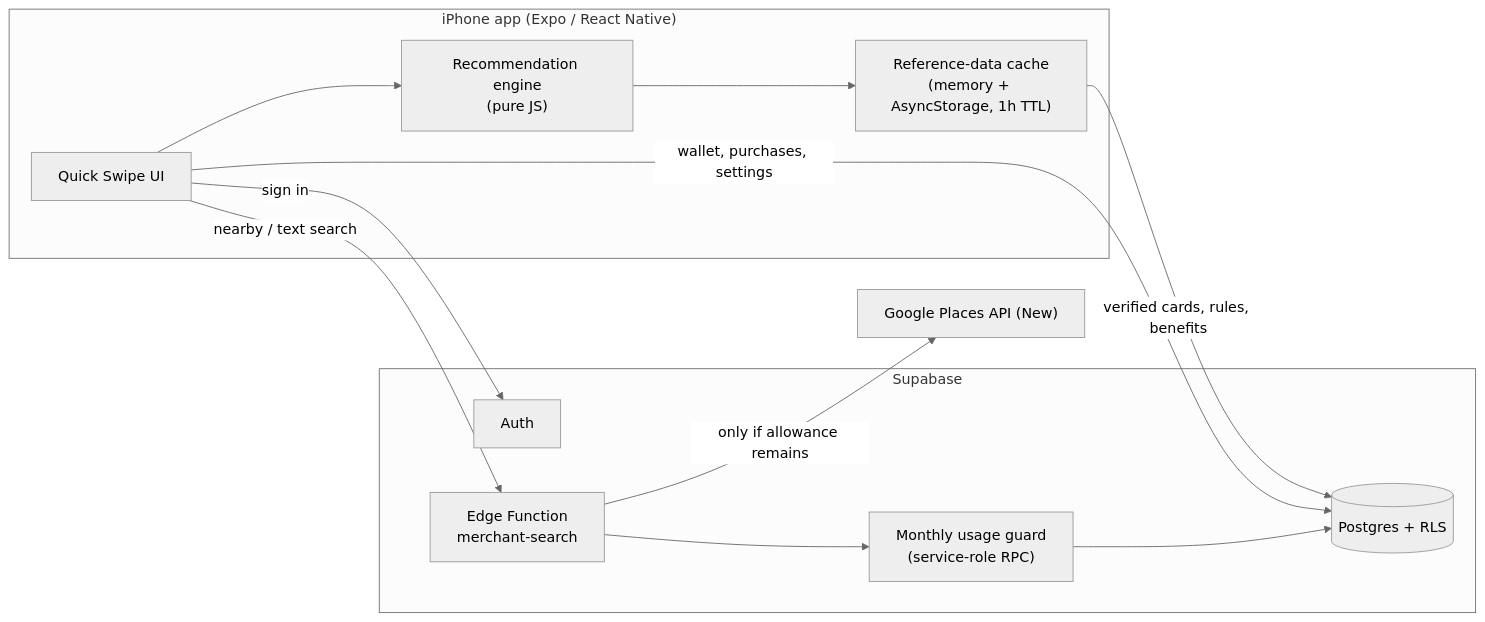
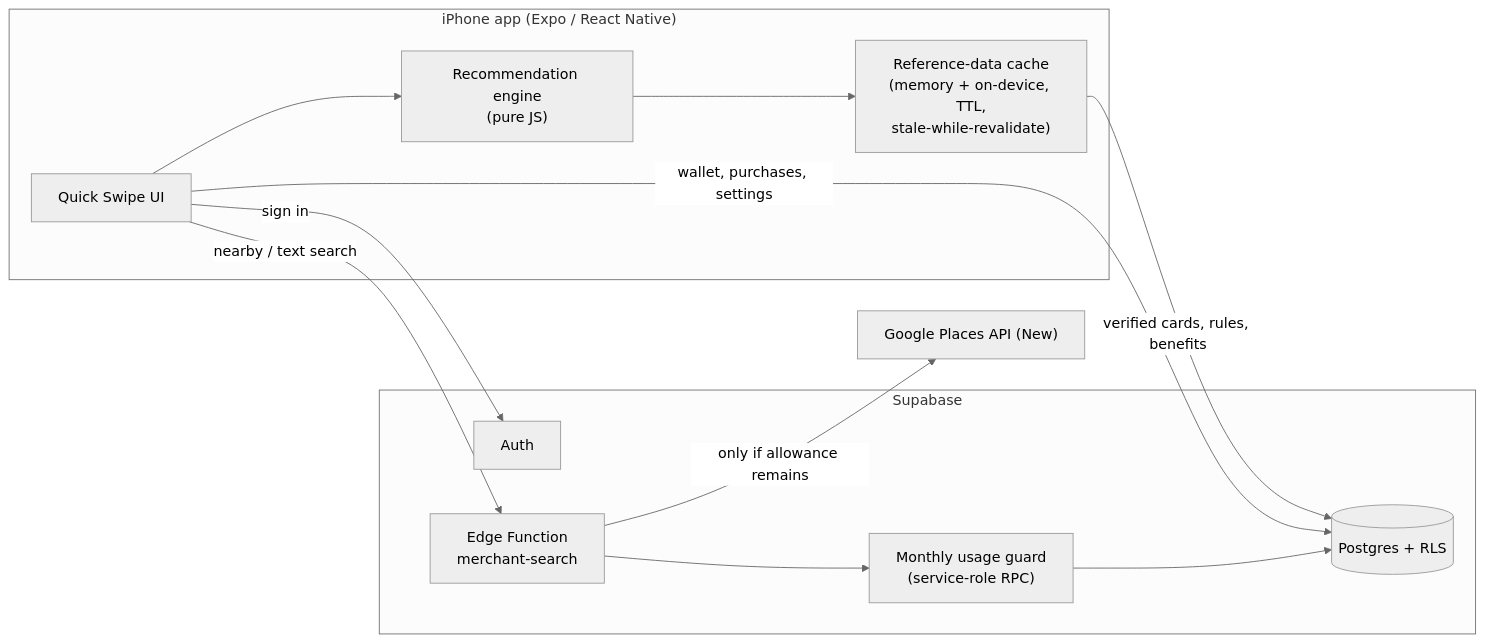
Before and after one commit to Darshil2903/SwipeWise: the diagram in README.md, drawn with Mermaid (neutral theme). The commit also changed other lines of this file, not shown here.

````diff
--- a/README.md
+++ b/README.md
@@ -68,25 +76,25 @@
 ```mermaid
 flowchart LR
     subgraph App["iPhone app (Expo / React Native)"]
         UI["Quick Swipe UI"]
         ENG["Recommendation engine<br/>(pure JS)"]
-        CACHE["Reference-data cache<br/>(memory + AsyncStorage, 1h TTL)"]
+        CACHE["Reference-data cache<br/>(memory + on-device, TTL,<br/>stale-while-revalidate)"]
     end
     subgraph SB["Supabase"]
         AUTH["Auth"]
         DB[("Postgres + RLS")]
         EF["Edge Function<br/>merchant-search"]
         GUARD["Monthly usage guard<br/>(service-role RPC)"]
     end
     GP["Google Places API (New)"]
 
     UI --> ENG
     ENG --> CACHE
     CACHE -- verified cards, rules, benefits --> DB
     UI -- wallet, purchases, settings --> DB
     UI -- sign in --> AUTH
     UI -- nearby / text search --> EF
     EF --> GUARD
     GUARD --> DB
     EF -- only if allowance remains --> GP
 ```
````
